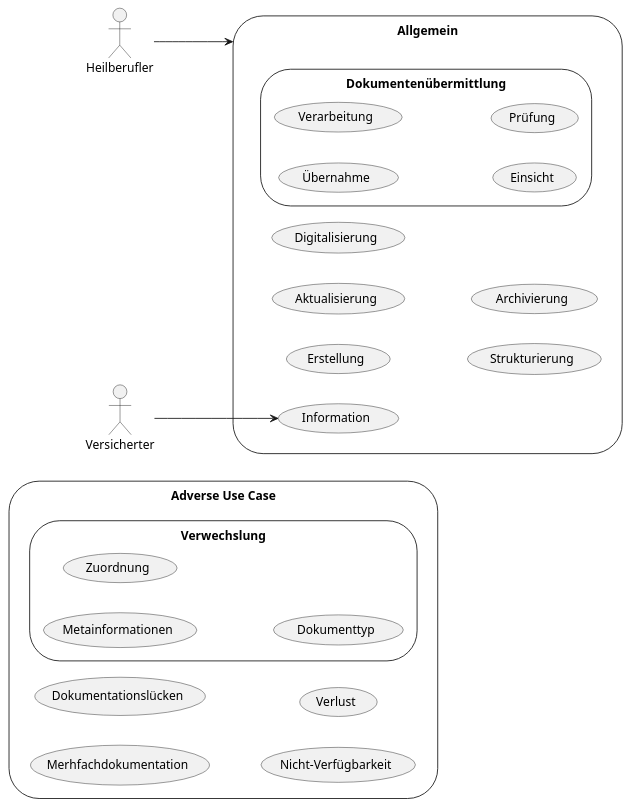
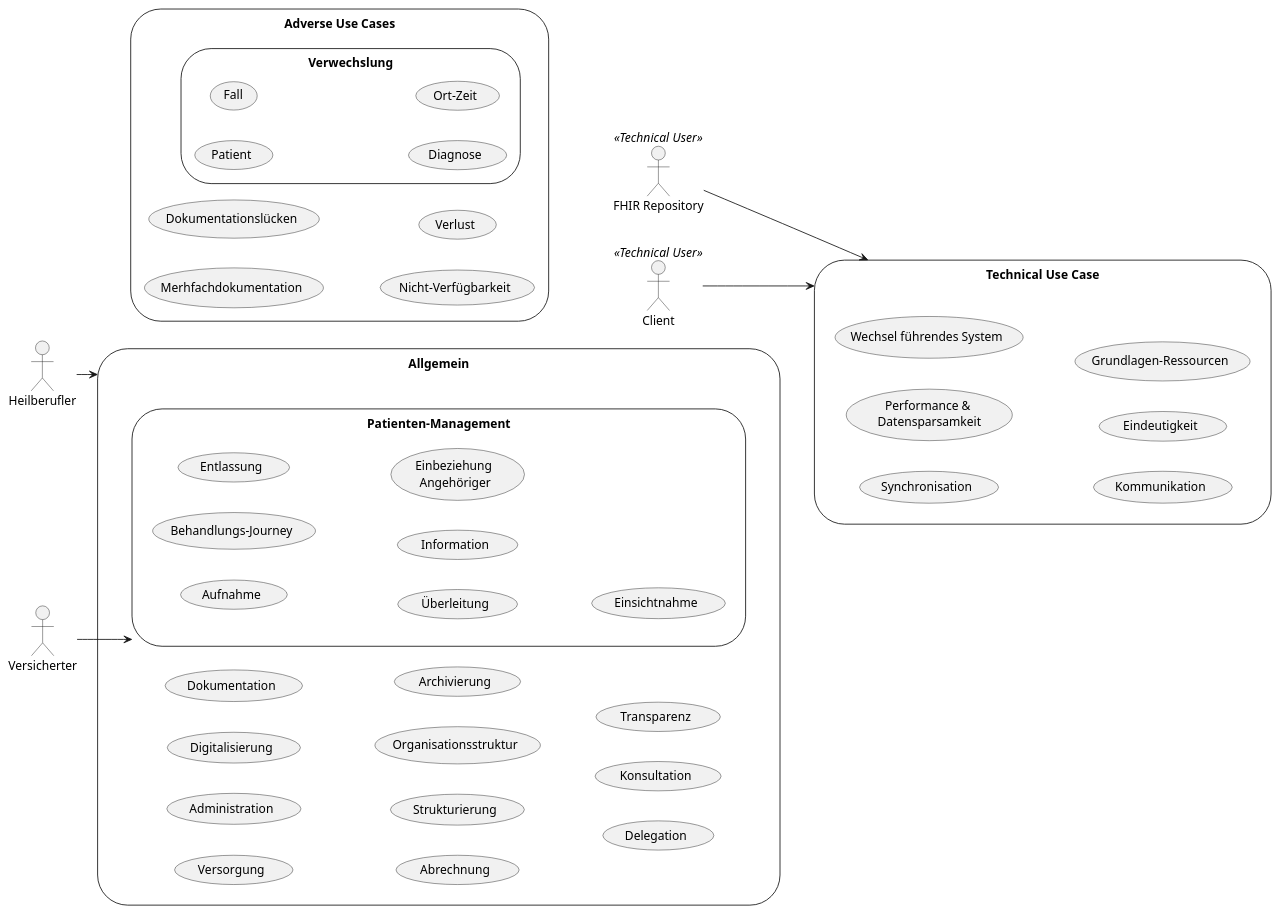
Before and after one commit to gematik/spec-ISiK-Basismodul: the diagram in Material/images/src/plantuml/usecases.puml, drawn with PlantUML. The commit also changed 2 other files, not shown here.

```diff
--- a/Material/images/src/plantuml/usecases.puml
+++ b/Material/images/src/plantuml/usecases.puml
@@ -15,41 +15,67 @@
 @startuml usecases
 left to right direction
 'skinparam packageStyle cloud
 'skinparam linetype ortho
 
 'actor :FHIR Repository: as DB << Application >>
 actor :Heilberufler:
 actor :Versicherter:
-storage adverseUC as "Adverse Use Case" {
+:FHIR Repository: as FhirRepo << Technical User >>
+:Client: as Client << Technical User >>
+
+storage gnrlUC as "Allgemein" {
+    (Versorgung)
+    (Administration)
+    (Digitalisierung)
+    (Dokumentation)
+    (Abrechnung)
+    (Strukturierung)
+    (Organisationsstruktur)
+    (Archivierung)
+    (Delegation)
+    (Konsultation)
+    (Transparenz)
+    storage patientUC as "Patienten-Management"{
+        (Aufnahme) 
+        (Behandlungs-Journey)
+        (Entlassung)
+        (Überleitung)
+        (Information)
+        (Einbeziehung \nAngehöriger)
+        (Einsichtnahme)
+    }
+}
+
+storage adverseUC as "Adverse Use Cases" {
     storage (Verwechslung){
-        (Metainformationen)
-        (Zuordnung)
-        (Dokumenttyp)
+        (Patient)
+        (Fall)
+        (Diagnose)
+        (Ort-Zeit)
     }
     (Merhfachdokumentation)
     (Dokumentationslücken)
     (Nicht-Verfügbarkeit)
     (Verlust)
 }
 
-storage gnrlUC as "Allgemein" {
-    (Information)
-    (Erstellung)
-    (Aktualisierung)
-    (Digitalisierung)
-    (Strukturierung)
-    (Archivierung)
-    storage booKUC as "Dokumentenübermittlung"{
-        (Übernahme) 
-        (Verarbeitung)
-        (Einsicht)
-        (Prüfung)
-    }
+storage techUC as "Technical Use Case" {
+    (Synchronisation)
+    (Performance & \nDatensparsamkeit)
+    (Wechsel führendes System)
+    (Kommunikation)
+    (Eindeutigkeit)
+    (Grundlagen-Ressourcen)
 }
 
+
+
 Heilberufler --> gnrlUC
-Versicherter --> Information
+Versicherter --> patientUC
+
+FhirRepo --> techUC
+Client --> techUC
 
 'fncts --> adverseUC : mitigates
 'fncts --> gnrlUC : enables
 @enduml
```
